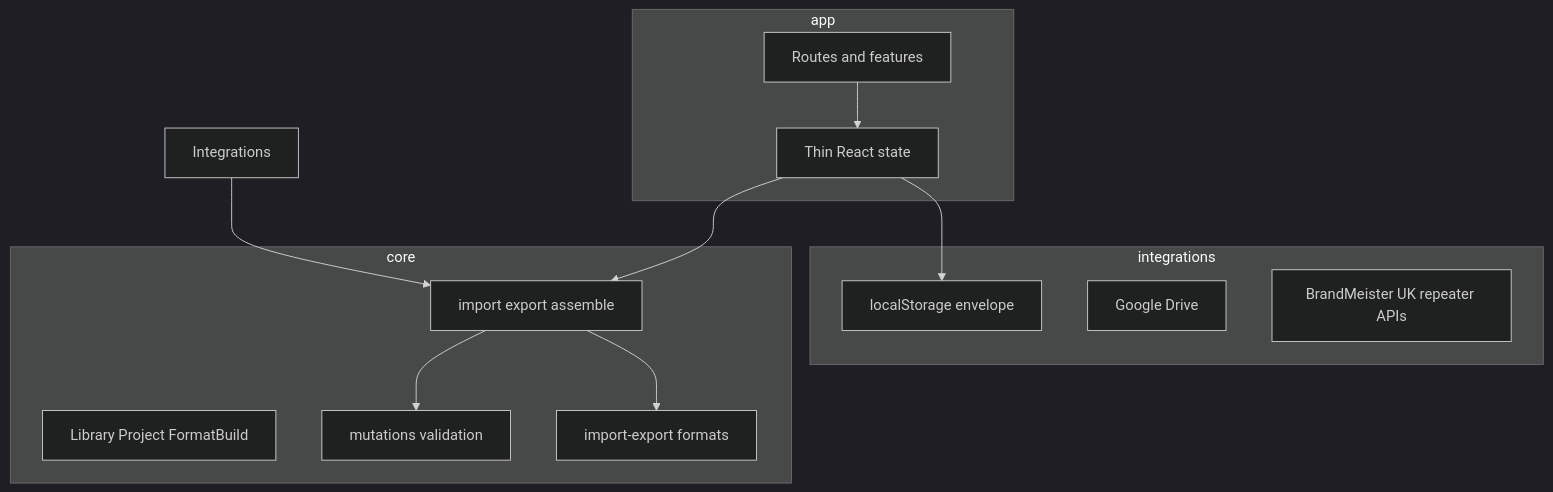
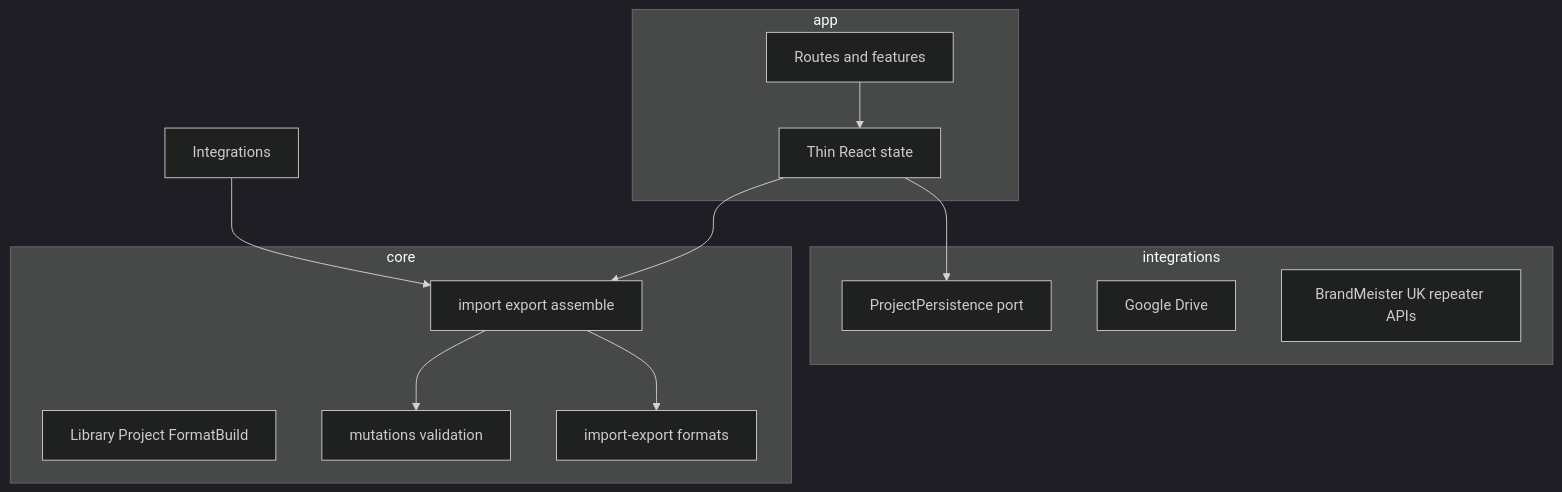
One commit to pskillen/codeplug-studio changed the first of 2 diagrams in DESIGN.md. Above: the diagram before and after it, drawn with Mermaid (dark theme). The commit also changed other lines of this file and 3 other files, not shown here.

````diff
--- a/DESIGN.md
+++ b/DESIGN.md
@@ -108,24 +108,24 @@
 ```mermaid
 flowchart TB
   subgraph app [app]
     UI[Routes and features]
     State[Thin React state]
   end
   subgraph integrations [integrations]
-    Storage[localStorage envelope]
+    Persistence[ProjectPersistence port]
     Cloud[Google Drive]
     Repeaters[BrandMeister UK repeater APIs]
   end
   subgraph core [core]
     Models[Library Project FormatBuild]
     Domain[mutations validation]
     IE[import-export formats]
     Services[import export assemble]
   end
   UI --> State
   State --> Services
-  State --> Storage
+  State --> Persistence
   Services --> Domain
   Services --> IE
   Integrations --> Services
 ```
````
